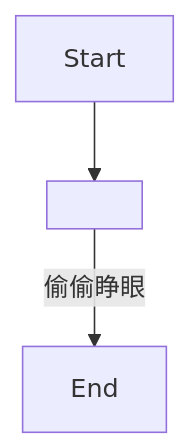
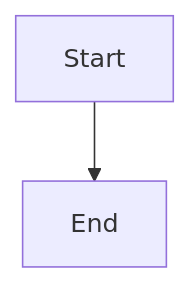
Before and after one commit to SoftHu/tos_avg: the diagram in Zh/YoniFirstMeet.md, drawn with Mermaid. The commit also changed 737 other files, not shown here.

````diff
--- a/Zh/YoniFirstMeet.md
+++ b/Zh/YoniFirstMeet.md
@@ -1,6 +1,5 @@
 ```mermaid
 graph
-Start -->1741645222700316[ ]
-1741645222700316 -->|偷偷睁眼|1741645225888029[End]
+Start -->1741645225888029[End]
 
- ```
+```
````
